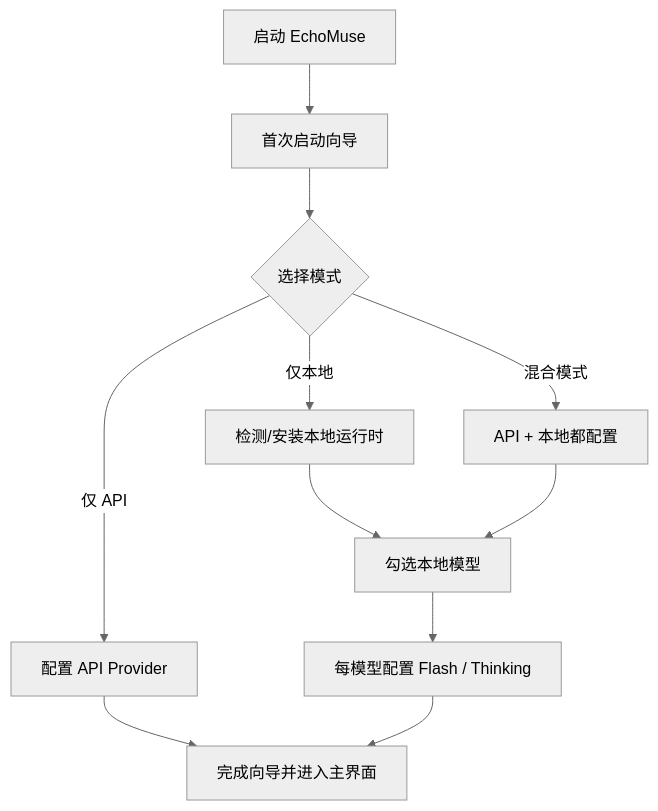
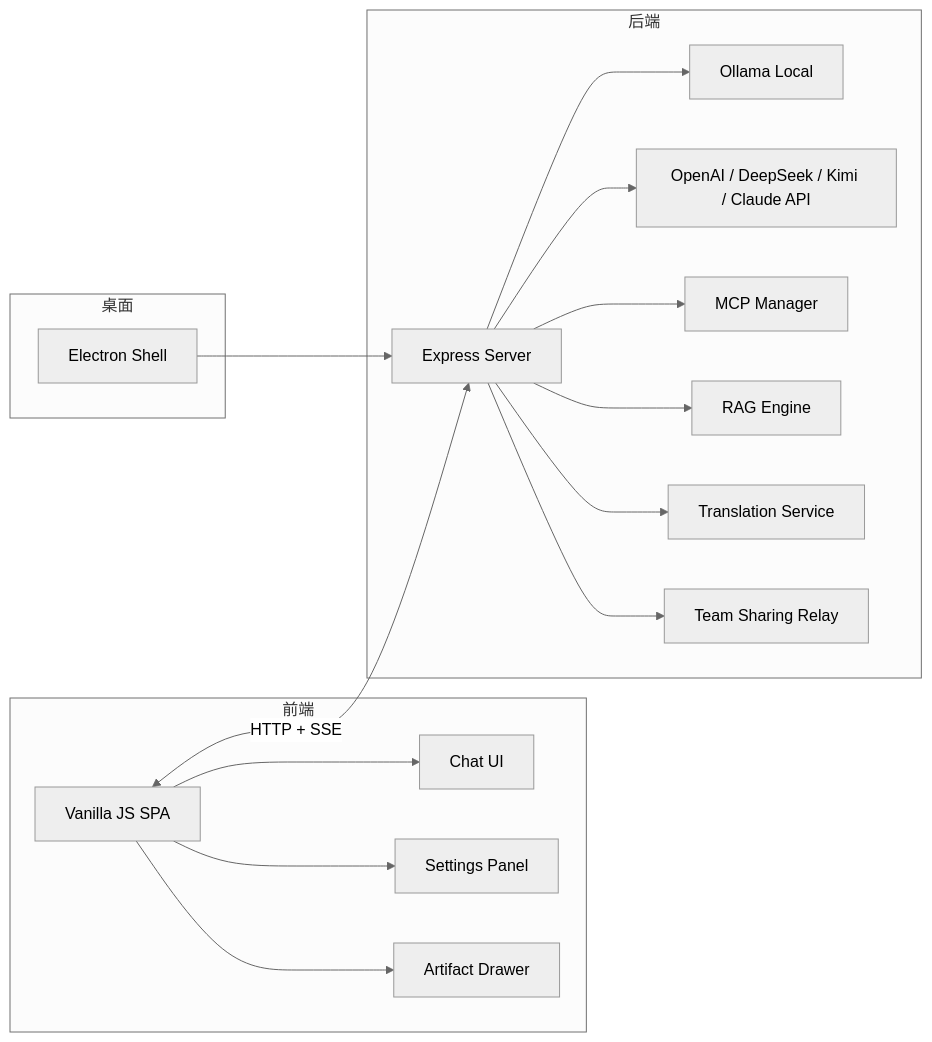
One commit to YPDWHM/EchoMuse changed the diagram in README.md. Above: the diagram before and after it, drawn with Mermaid (neutral theme). The commit also changed other lines of this file, not shown here.

Commit message:
docs: rewrite README with badges, architecture diagram, and feature details

````diff
--- a/README.md
+++ b/README.md
@@ -30,13 +51,24 @@
 ```mermaid
-flowchart TD
-  A[启动 EchoMuse] --> B[首次启动向导]
-  B --> C{选择模式}
-  C -->|仅 API| D[配置 API Provider]
-  C -->|仅本地| E[检测/安装本地运行时]
-  C -->|混合模式| F[API + 本地都配置]
-  E --> G[勾选本地模型]
-  F --> G
-  G --> H[每模型配置 Flash / Thinking]
-  D --> I[完成向导并进入主界面]
-  H --> I
+graph LR
+  subgraph 前端
+    A[Vanilla JS SPA] --> B[Chat UI]
+    A --> C[Settings Panel]
+    A --> D[Artifact Drawer]
+  end
+
+  subgraph 后端
+    E[Express Server]
+    E --> F[Ollama Local]
+    E --> G[OpenAI / DeepSeek / Kimi / Claude API]
+    E --> H[MCP Manager]
+    E --> I[RAG Engine]
+    E --> J[Translation Service]
+    E --> K[Team Sharing Relay]
+  end
+
+  A <-->|HTTP + SSE| E
+
+  subgraph 桌面
+    L[Electron Shell] --> E
+  end
 ```
````
